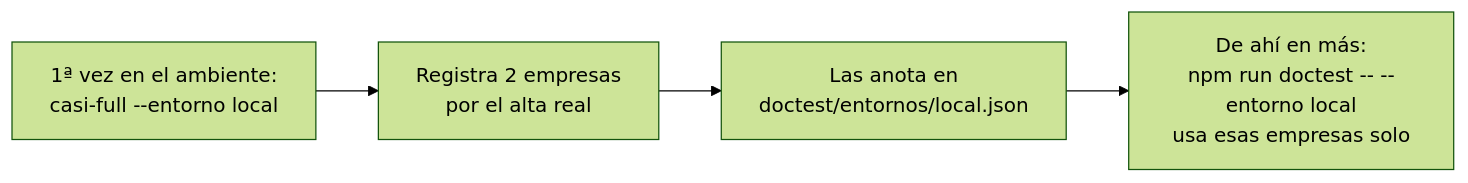
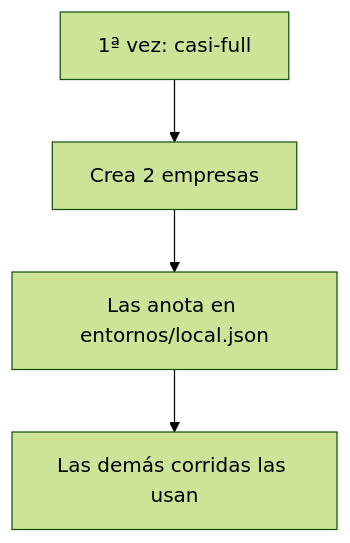
The second of 3 diagrams in doc/metodologia/GUIA_REQUERIMIENTOS_CLAUDE_DEEPSEEK.md (Trazalog/traz-tools), drawn with Mermaid (forest theme) before and after one commit. The commit also changed other lines of this file, not shown here.

First line of the commit message:
docs(metodologia): diagramas de la guia legibles en tema oscuro y sin cortes de texto [DOCTEST-MODOS]

````diff
--- a/doc/metodologia/GUIA_REQUERIMIENTOS_CLAUDE_DEEPSEEK.md
+++ b/doc/metodologia/GUIA_REQUERIMIENTOS_CLAUDE_DEEPSEEK.md
@@ -297,6 +298,6 @@
 ```mermaid
-flowchart LR
-  A["1ª vez en el ambiente:<br/>casi-full --entorno local"] --> B["Registra 2 empresas<br/>por el alta real"]
-  B --> C["Las anota en<br/>doctest/entornos/local.json"]
-  C --> D["De ahí en más:<br/>npm run doctest -- --entorno local<br/>usa esas empresas solo"]
+flowchart TD
+  A["1ª vez: casi-full"] --> B["Crea 2 empresas"]
+  B --> C["Las anota en entornos/local.json"]
+  C --> D["Las demás corridas las usan"]
 ```
````
